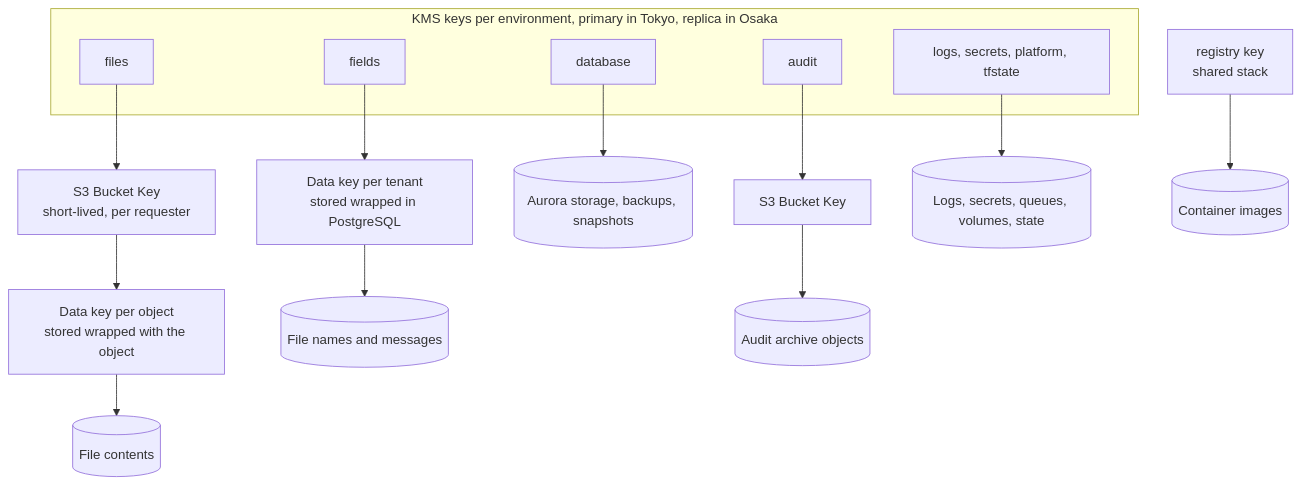
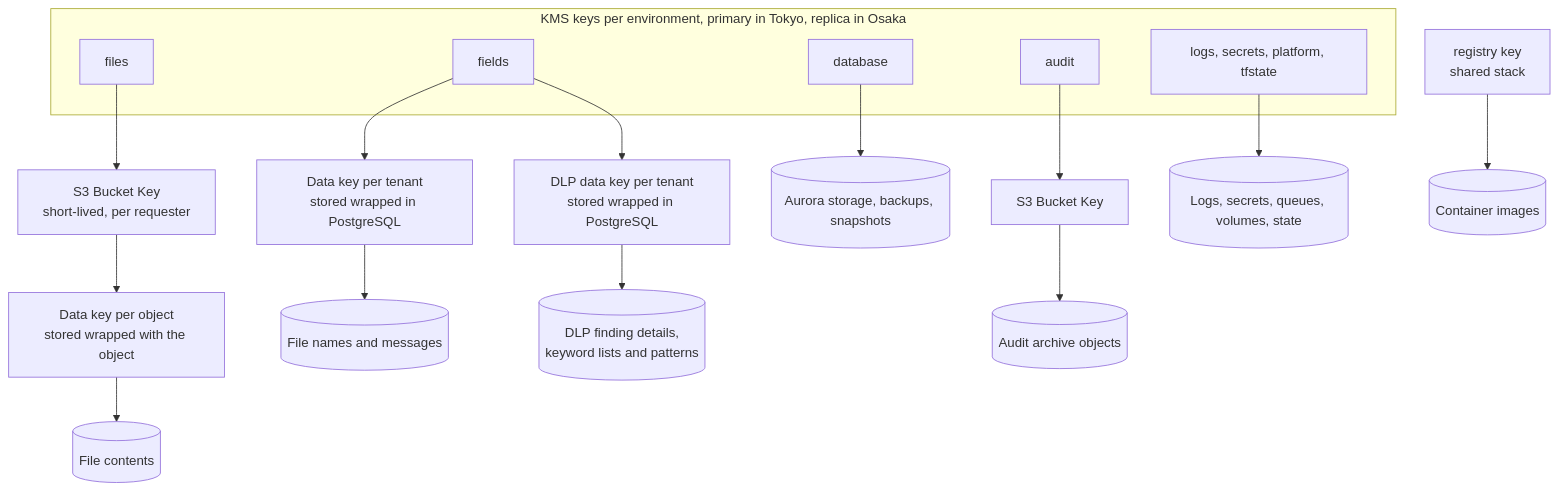
Before and after one commit to codewithmuh/secure-file-transfer: the diagram in docs/security/encryption-and-keys.md, drawn with Mermaid. The commit also changed other lines of this file and 15 other files, not shown here.

````diff
--- a/docs/security/encryption-and-keys.md
+++ b/docs/security/encryption-and-keys.md
@@ -214,21 +244,23 @@
 ```mermaid
 flowchart TB
     subgraph kms["KMS keys per environment, primary in Tokyo, replica in Osaka"]
         kfiles["files"]
         kfields["fields"]
         kdb["database"]
         kaudit["audit"]
         kother["logs, secrets, platform, tfstate"]
     end
     kreg["registry key<br/>shared stack"]
     kfiles --> bk["S3 Bucket Key<br/>short-lived, per requester"]
     bk --> odk["Data key per object<br/>stored wrapped with the object"]
     odk --> files[("File contents")]
     kfields --> dek["Data key per tenant<br/>stored wrapped in PostgreSQL"]
     dek --> fv[("File names and messages")]
+    kfields --> dlpdek["DLP data key per tenant<br/>stored wrapped in PostgreSQL"]
+    dlpdek --> dlpv[("DLP finding details,<br/>keyword lists and patterns")]
     kdb --> aurora[("Aurora storage, backups, snapshots")]
     kaudit --> abk["S3 Bucket Key"]
     abk --> arch[("Audit archive objects")]
     kother --> svc[("Logs, secrets, queues, volumes, state")]
     kreg --> img[("Container images")]
 ```
````
